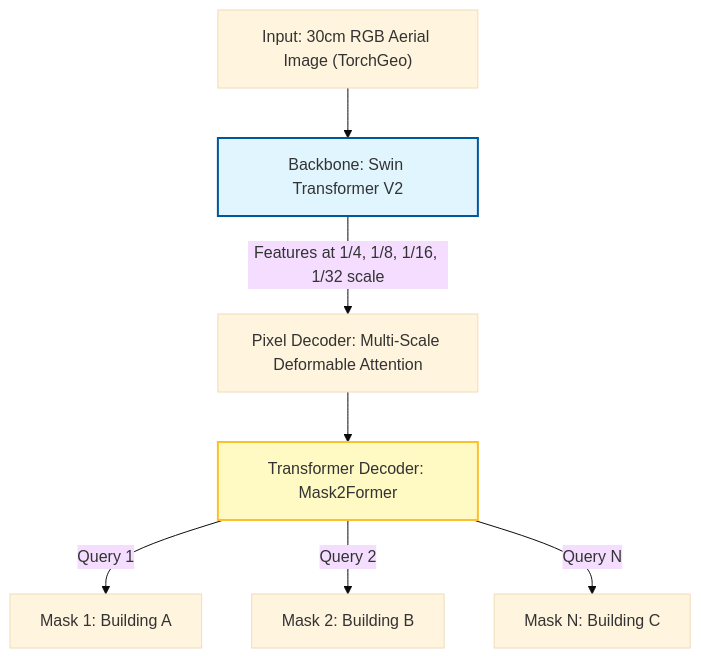
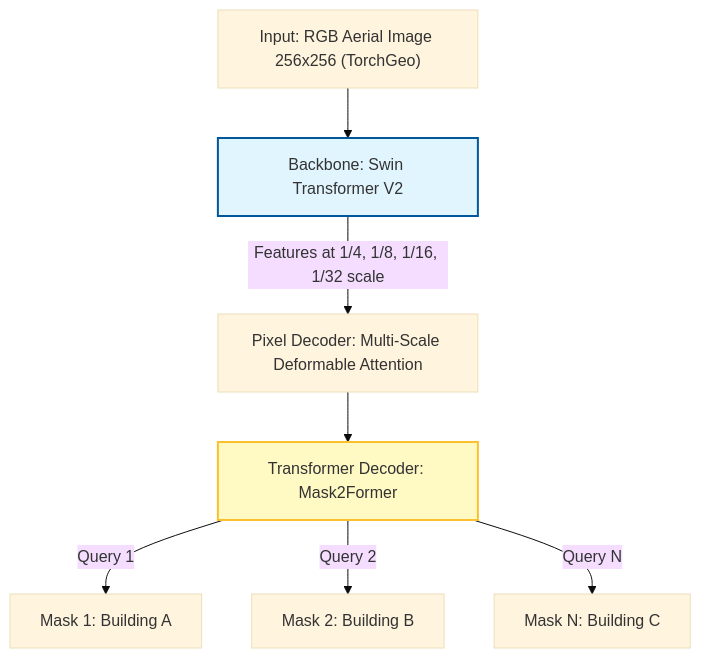
The diagram in README.md (kshitijrajsharma/swinv2-mask2former-drone), drawn with Mermaid (base theme) before and after one commit. The commit also changed other lines of this file and 2 other files, not shown here.

````diff
--- a/README.md
+++ b/README.md
@@ -17,12 +17,12 @@
 ```mermaid
 graph TD
-    A["Input: 30cm RGB Aerial Image (TorchGeo)"] --> B["Backbone: Swin Transformer V2"]
+    A["Input: RGB Aerial Image 256x256 (TorchGeo)"] --> B["Backbone: Swin Transformer V2"]
     B -->|"Features at 1/4, 1/8, 1/16, 1/32 scale"| C["Pixel Decoder: Multi-Scale Deformable Attention"]
     C --> D["Transformer Decoder: Mask2Former"]
     D -->|"Query 1"| E["Mask 1: Building A"]
     D -->|"Query 2"| F["Mask 2: Building B"]
     D -->|"Query N"| G["Mask N: Building C"]
 
     style B fill:#e1f5fe,stroke:#01579b,stroke-width:2px
     style D fill:#fff9c4,stroke:#fbc02d,stroke-width:2px
 ```
````
